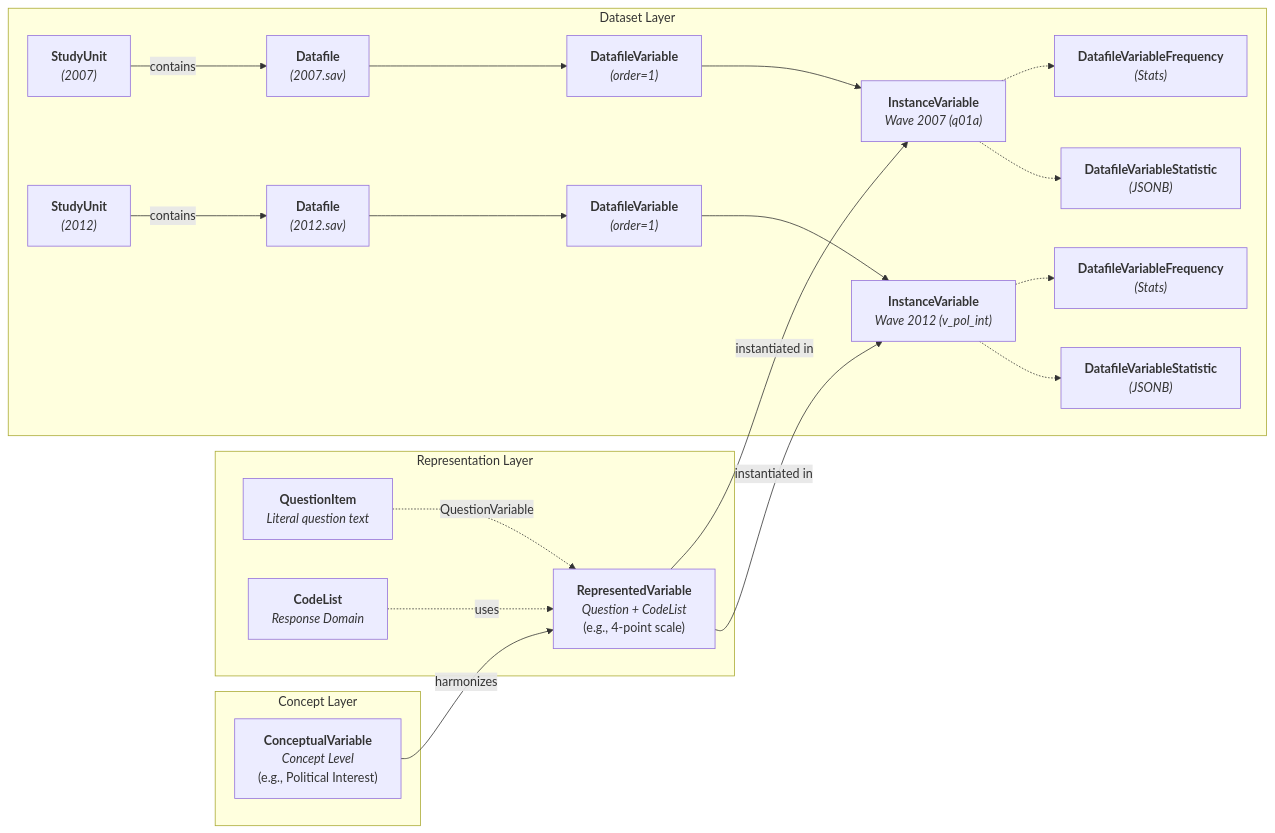
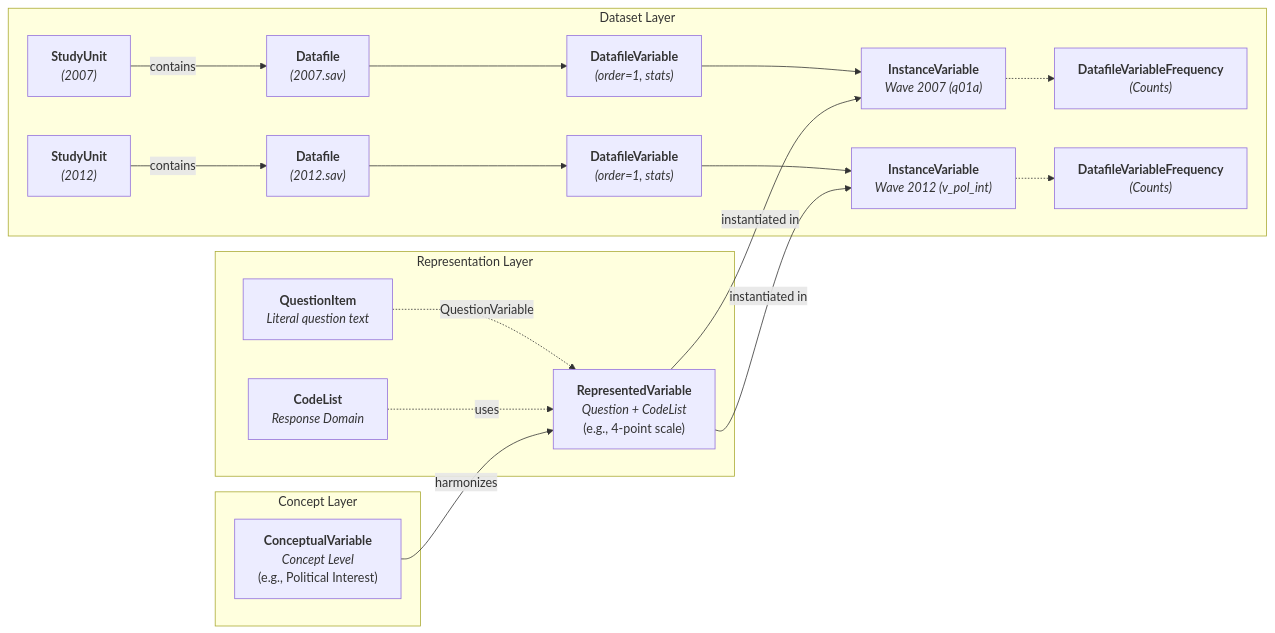
One commit to PlgaH/fairwddi-wp3-3 changed the fourth of 6 diagrams in deliverables/research/database.md. Above: the diagram before and after it, drawn with Mermaid. The commit also changed other lines of this file and 16 other files, not shown here.

Commit message:
refactor: remove separate variable and datafile statistic tables in favor of JSONB statistics on DatafileVariable

````diff
--- a/deliverables/research/database.md
+++ b/deliverables/research/database.md
@@ -653,25 +654,23 @@
 ```mermaid
 graph LR
     subgraph Concept_Layer ["Concept Layer"]
         CV["<b>ConceptualVariable</b><br/><i>Concept Level</i><br/>(e.g., Political Interest)"]
     end
     subgraph Representation_Layer ["Representation Layer"]
         RV["<b>RepresentedVariable</b><br/><i>Question + CodeList</i><br/>(e.g., 4-point scale)"]
         QI["<b>QuestionItem</b><br/><i>Literal question text</i>"] -.->|QuestionVariable| RV
         CL["<b>CodeList</b><br/><i>Response Domain</i>"] -.->|uses| RV
     end
     subgraph Dataset_Layer ["Dataset Layer"]
         SU1["<b>StudyUnit</b><br/><i>(2007)</i>"] -->|contains| DF1["<b>Datafile</b><br/><i>(2007.sav)</i>"]
         SU2["<b>StudyUnit</b><br/><i>(2012)</i>"] -->|contains| DF2["<b>Datafile</b><br/><i>(2012.sav)</i>"]
-        DF1 --> DV1["<b>DatafileVariable</b><br/><i>(order=1)</i>"] --> IV1["<b>InstanceVariable</b><br/><i>Wave 2007 (q01a)</i>"]
-        DF2 --> DV2["<b>DatafileVariable</b><br/><i>(order=1)</i>"] --> IV2["<b>InstanceVariable</b><br/><i>Wave 2012 (v_pol_int)</i>"]
-        IV1 -.-> Freq1["<b>DatafileVariableFrequency</b><br/><i>(Stats)</i>"]
-        IV2 -.-> Freq2["<b>DatafileVariableFrequency</b><br/><i>(Stats)</i>"]
-        IV1 -.-> Stat1["<b>DatafileVariableStatistic</b><br/><i>(JSONB)</i>"]
-        IV2 -.-> Stat2["<b>DatafileVariableStatistic</b><br/><i>(JSONB)</i>"]
+        DF1 --> DV1["<b>DatafileVariable</b><br/><i>(order=1, stats)</i>"] --> IV1["<b>InstanceVariable</b><br/><i>Wave 2007 (q01a)</i>"]
+        DF2 --> DV2["<b>DatafileVariable</b><br/><i>(order=1, stats)</i>"] --> IV2["<b>InstanceVariable</b><br/><i>Wave 2012 (v_pol_int)</i>"]
+        IV1 -.-> Freq1["<b>DatafileVariableFrequency</b><br/><i>(Counts)</i>"]
+        IV2 -.-> Freq2["<b>DatafileVariableFrequency</b><br/><i>(Counts)</i>"]
     end
 
     CV -->|harmonizes| RV
     RV -->|instantiated in| IV1
     RV -->|instantiated in| IV2
 ```
````
